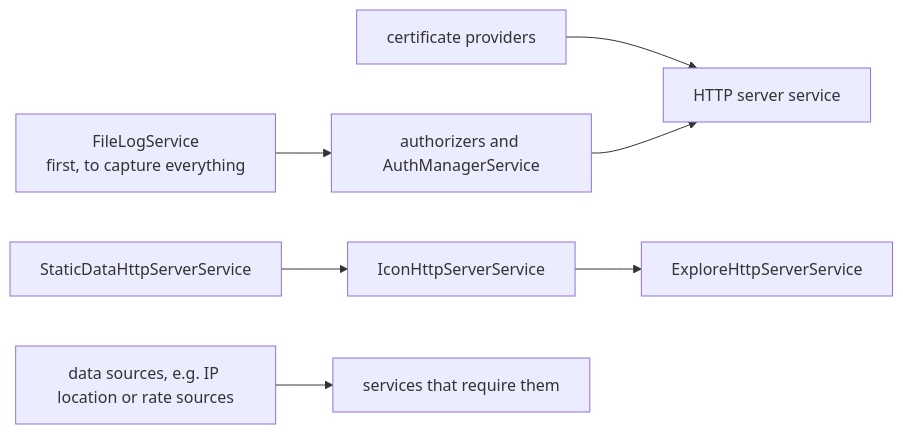
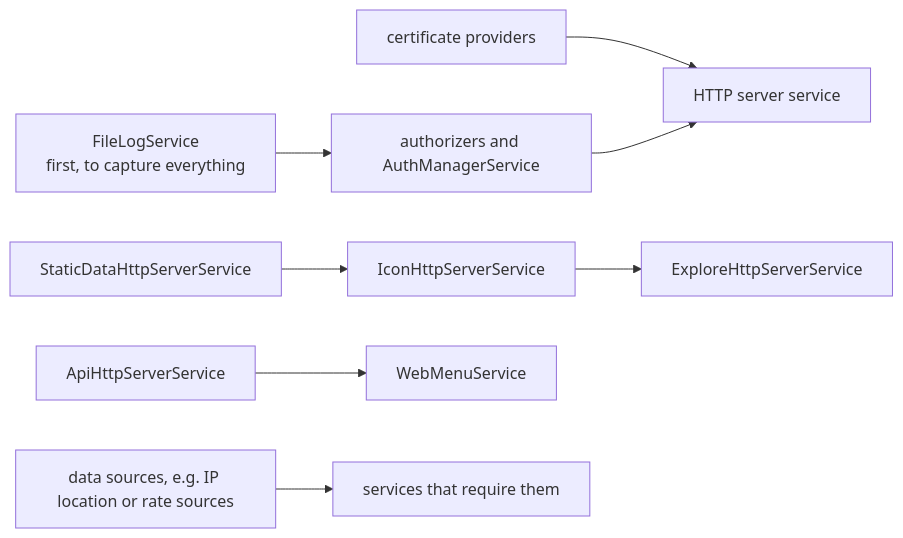
One commit to dosh1974/SysWeaver changed the fifth of 5 diagrams in README.md. Above: the diagram before and after it, drawn with Mermaid. The commit also changed other lines of this file and 532 other files, not shown here.

````diff
--- a/README.md
+++ b/README.md
@@ -307,9 +308,10 @@
 ```mermaid
 flowchart LR
   Log["FileLogService<br/>first, to capture everything"] --> Auth["authorizers and AuthManagerService"]
   Certs["certificate providers"] --> Server["HTTP server service"]
   Auth --> Server
   Static["StaticDataHttpServerService"] --> Icons["IconHttpServerService"]
   Icons --> Explore["ExploreHttpServerService"]
+  Api["ApiHttpServerService"] --> Menu["WebMenuService"]
   Sources["data sources, e.g. IP location or rate sources"] --> Consumers["services that require them"]
 ```
````
